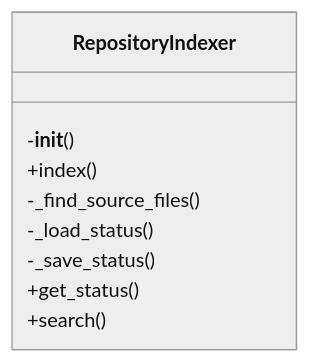
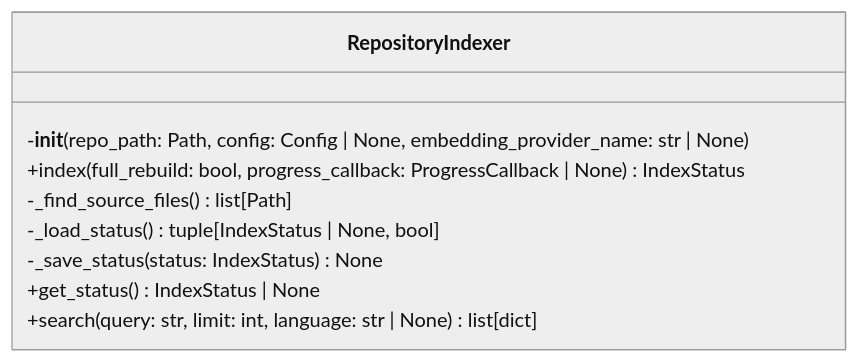
The first of 2 diagrams in .deepwiki/files/src/local_deepwiki/core/indexer.md (UrbanDiver/local-deepwiki-mcp), drawn with Mermaid (neutral theme) before and after one commit. The commit also changed other lines of this file and 75 other files, not shown here.

````diff
--- a/.deepwiki/files/src/local_deepwiki/core/indexer.md
+++ b/.deepwiki/files/src/local_deepwiki/core/indexer.md
@@ -180,12 +135,12 @@
 ```mermaid
 classDiagram
     class RepositoryIndexer {
-        -__init__()
-        +index()
-        -_find_source_files()
-        -_load_status()
-        -_save_status()
-        +get_status()
-        +search()
+        -__init__(repo_path: Path, config: Config | None, embedding_provider_name: str | None)
+        +index(full_rebuild: bool, progress_callback: ProgressCallback | None) IndexStatus
+        -_find_source_files() list[Path]
+        -_load_status() tuple[IndexStatus | None, bool]
+        -_save_status(status: IndexStatus) None
+        +get_status() IndexStatus | None
+        +search(query: str, limit: int, language: str | None) list[dict]
     }
 ```
````
